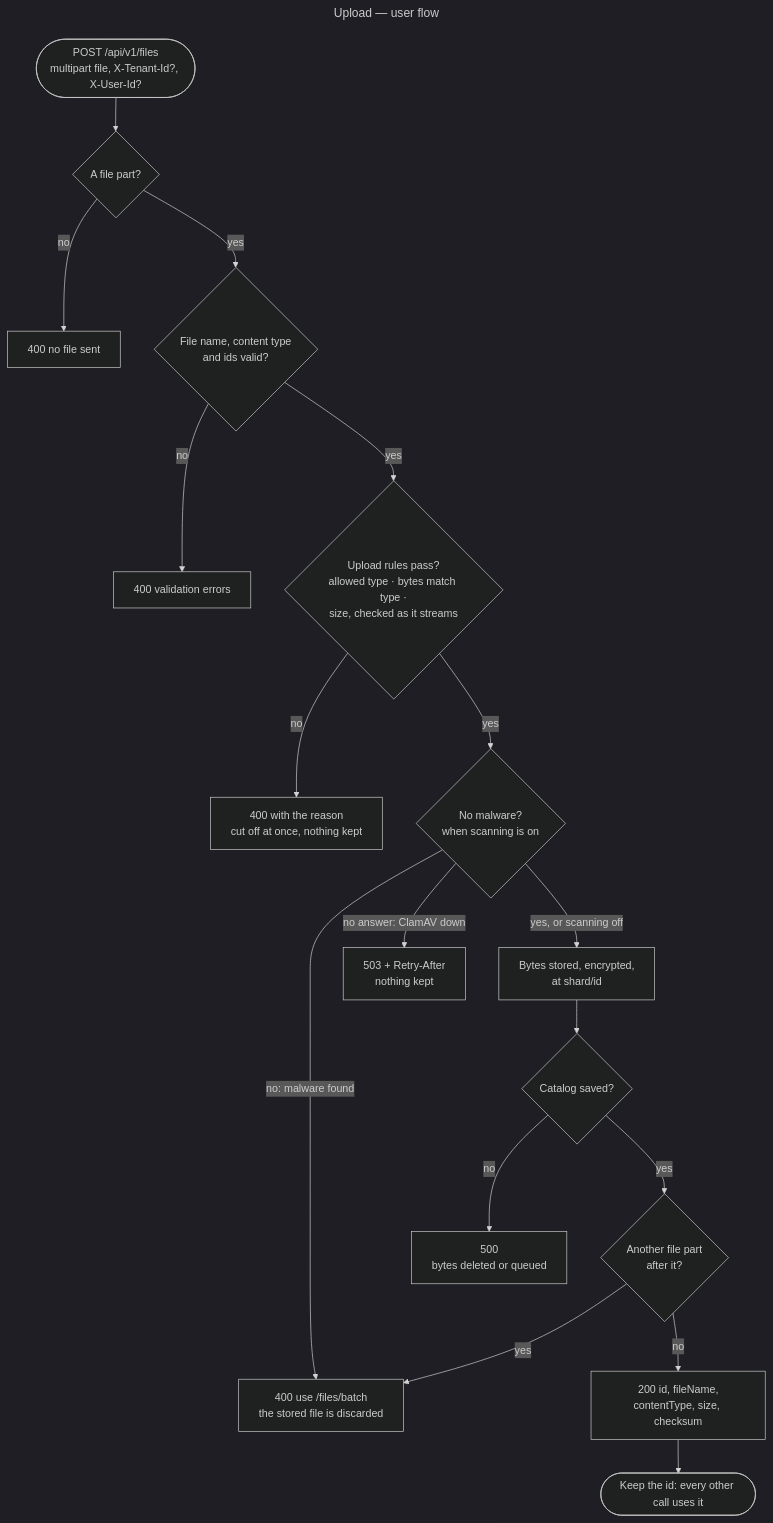
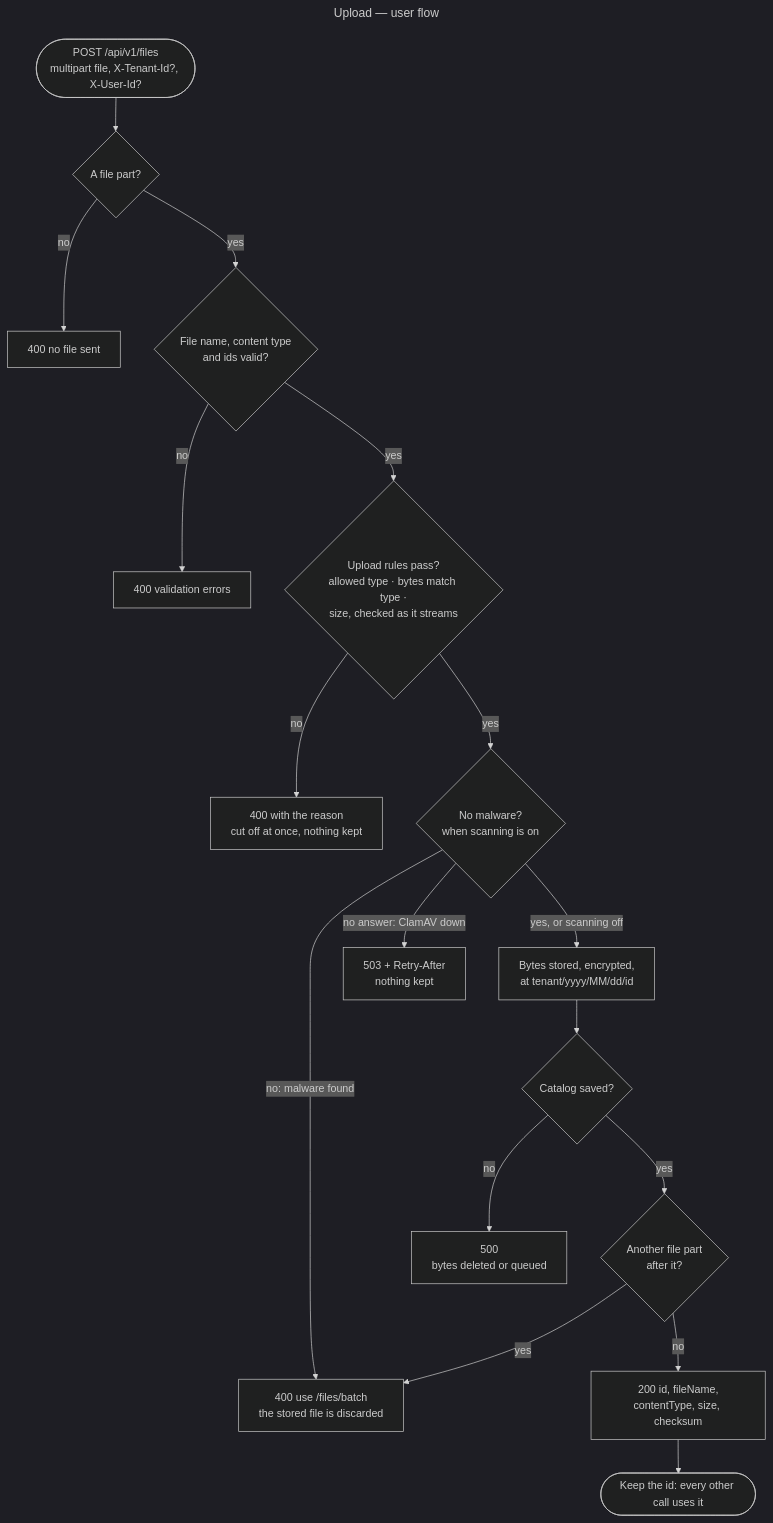
The third of 11 diagrams in docs/user-flows.md (gmetskhvarishvili/GM.FileStorage.Samples), drawn with Mermaid (dark theme) before and after one commit. The commit also changed 9 other files, not shown here.

````diff
--- a/docs/user-flows.md
+++ b/docs/user-flows.md
@@ -69,22 +69,22 @@
 ```mermaid
 ---
 title: Upload — user flow
 ---
 flowchart TD
     start([POST /api/v1/files<br/>multipart file, X-Tenant-Id?, X-User-Id?]) --> any{A file part?}
     any -- no --> n400[400 no file sent]
     any -- yes --> valid{File name, content type<br/>and ids valid?}
     valid -- no --> v400[400 validation errors]
     valid -- yes --> rules{Upload rules pass?<br/>allowed type · bytes match type ·<br/>size, checked as it streams}
     rules -- no --> r400[400 with the reason<br/>cut off at once, nothing kept]
     rules -- yes --> scan{No malware?<br/>when scanning is on}
     scan -- "no: malware found" --> m400[400 naming it<br/>nothing kept]
     scan -- "no answer: ClamAV down" --> s503[503 + Retry-After<br/>nothing kept]
-    scan -- "yes, or scanning off" --> stored[Bytes stored, encrypted,<br/>at shard/id]
+    scan -- "yes, or scanning off" --> stored[Bytes stored, encrypted,<br/>at tenant/yyyy/MM/dd/id]
     stored --> saved{Catalog saved?}
     saved -- no --> e500[500<br/>bytes deleted or queued]
     saved -- yes --> more{Another file part<br/>after it?}
     more -- yes --> m400[400 use /files/batch<br/>the stored file is discarded]
     more -- no --> ok[200 id, fileName,<br/>contentType, size, checksum]
     ok --> next([Keep the id: every other call uses it])
 ```
````
